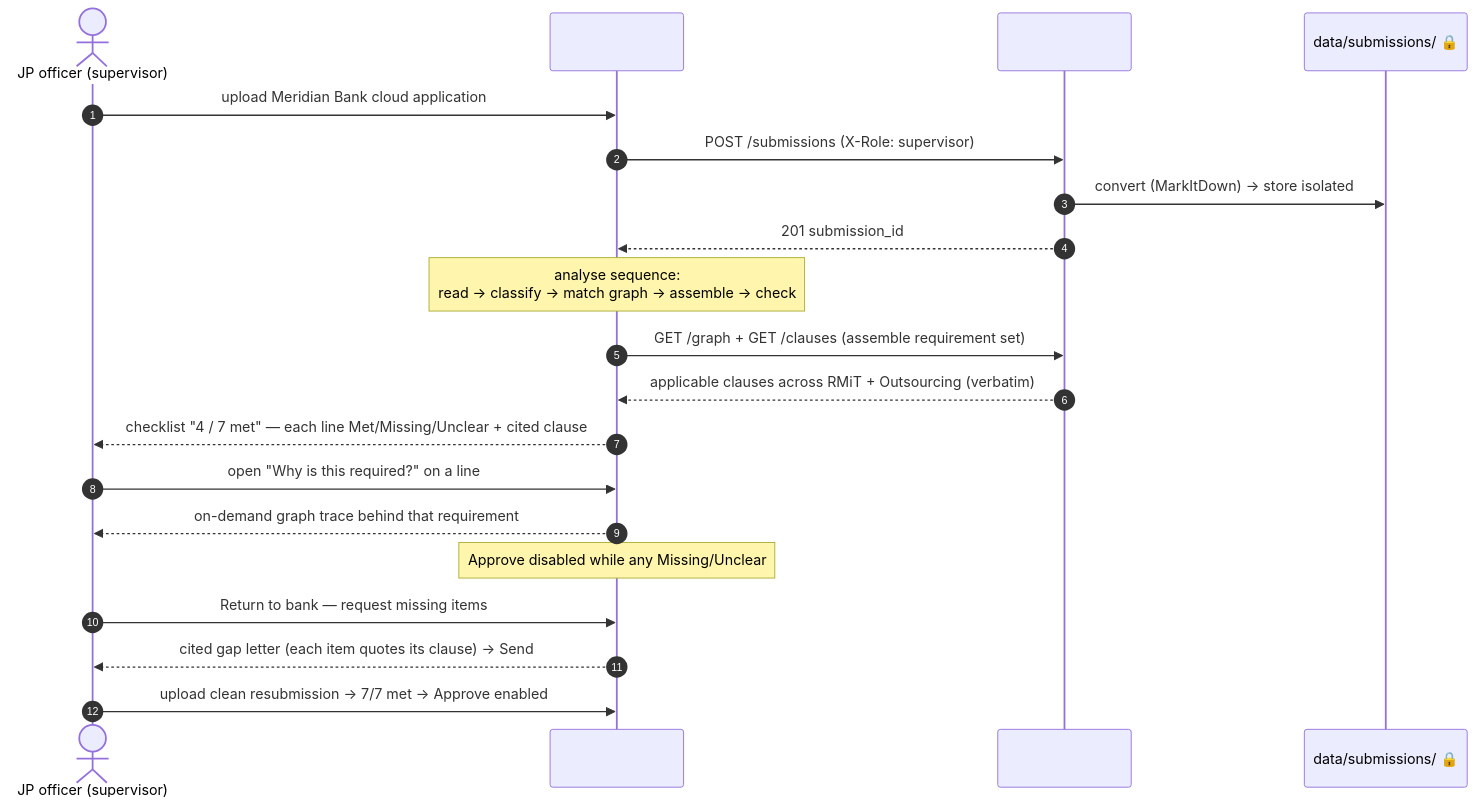
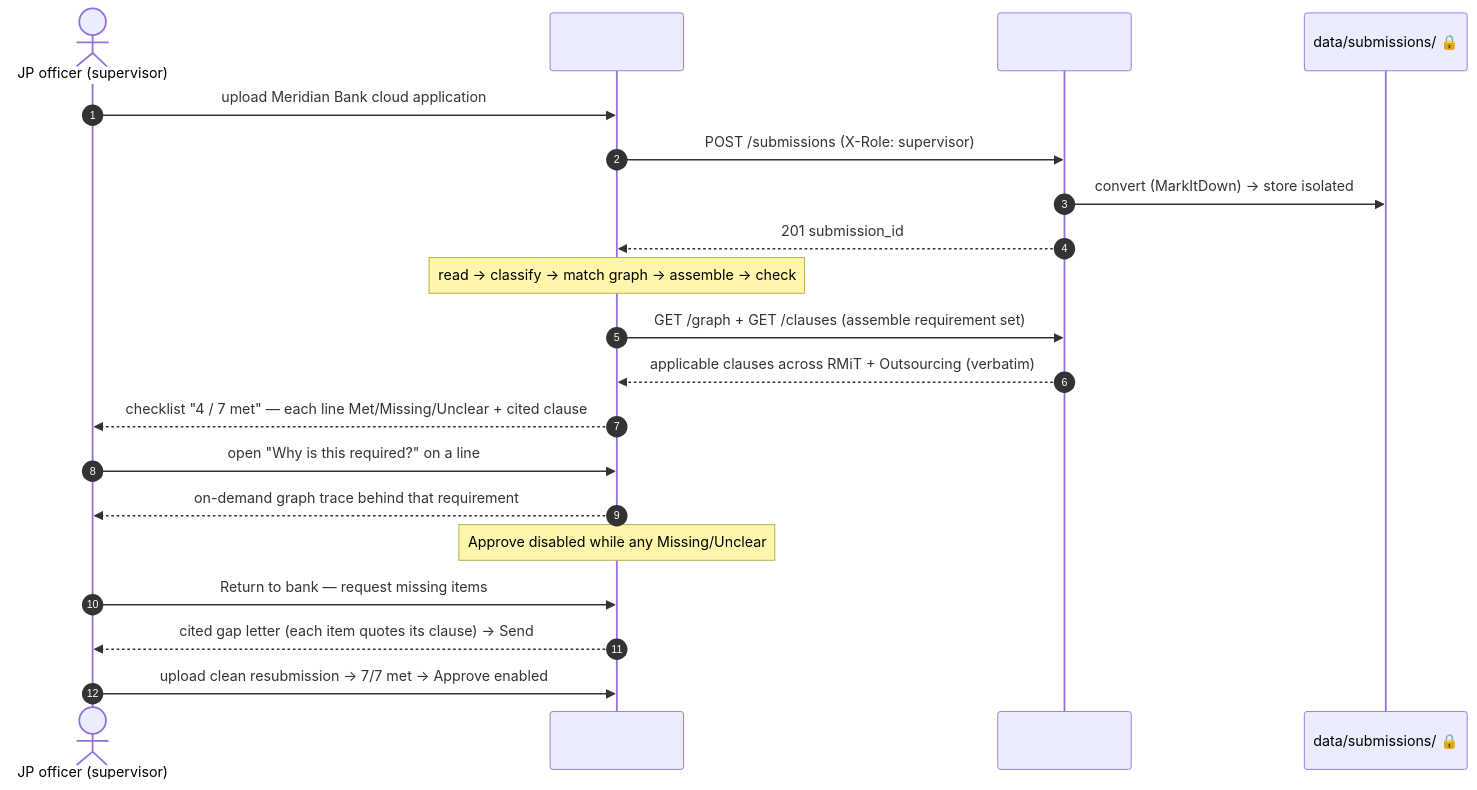
One commit to dzaffren/copa-hackathon changed the fifth of 5 diagrams in docs/specs/rulebook-radar/architecture.md. Above: the diagram before and after it, drawn with Mermaid. The commit also changed other lines of this file and 12 other files, not shown here.

````diff
--- a/docs/specs/rulebook-radar/architecture.md
+++ b/docs/specs/rulebook-radar/architecture.md
@@ -199,23 +257,23 @@
 ```mermaid
 sequenceDiagram
     autonumber
     actor O as JP officer (supervisor)
     participant SUP as #10 Supervisor check
     participant ENG as #6 Engine API
     participant STORE as data/submissions/ 🔒
 
     O->>SUP: upload Meridian Bank cloud application
     SUP->>ENG: POST /submissions (X-Role: supervisor)
     ENG->>STORE: convert (MarkItDown) → store isolated
     ENG-->>SUP: 201 submission_id
-    Note over SUP: analyse sequence:<br/>read → classify → match graph → assemble → check
+    Note over SUP: read → classify → match graph → assemble → check
     SUP->>ENG: GET /graph + GET /clauses (assemble requirement set)
     ENG-->>SUP: applicable clauses across RMiT + Outsourcing (verbatim)
     SUP-->>O: checklist "4 / 7 met" — each line Met/Missing/Unclear + cited clause
     O->>SUP: open "Why is this required?" on a line
     SUP-->>O: on-demand graph trace behind that requirement
     Note over SUP: Approve disabled while any Missing/Unclear
     O->>SUP: Return to bank — request missing items
     SUP-->>O: cited gap letter (each item quotes its clause) → Send
     O->>SUP: upload clean resubmission → 7/7 met → Approve enabled
 ```
````
